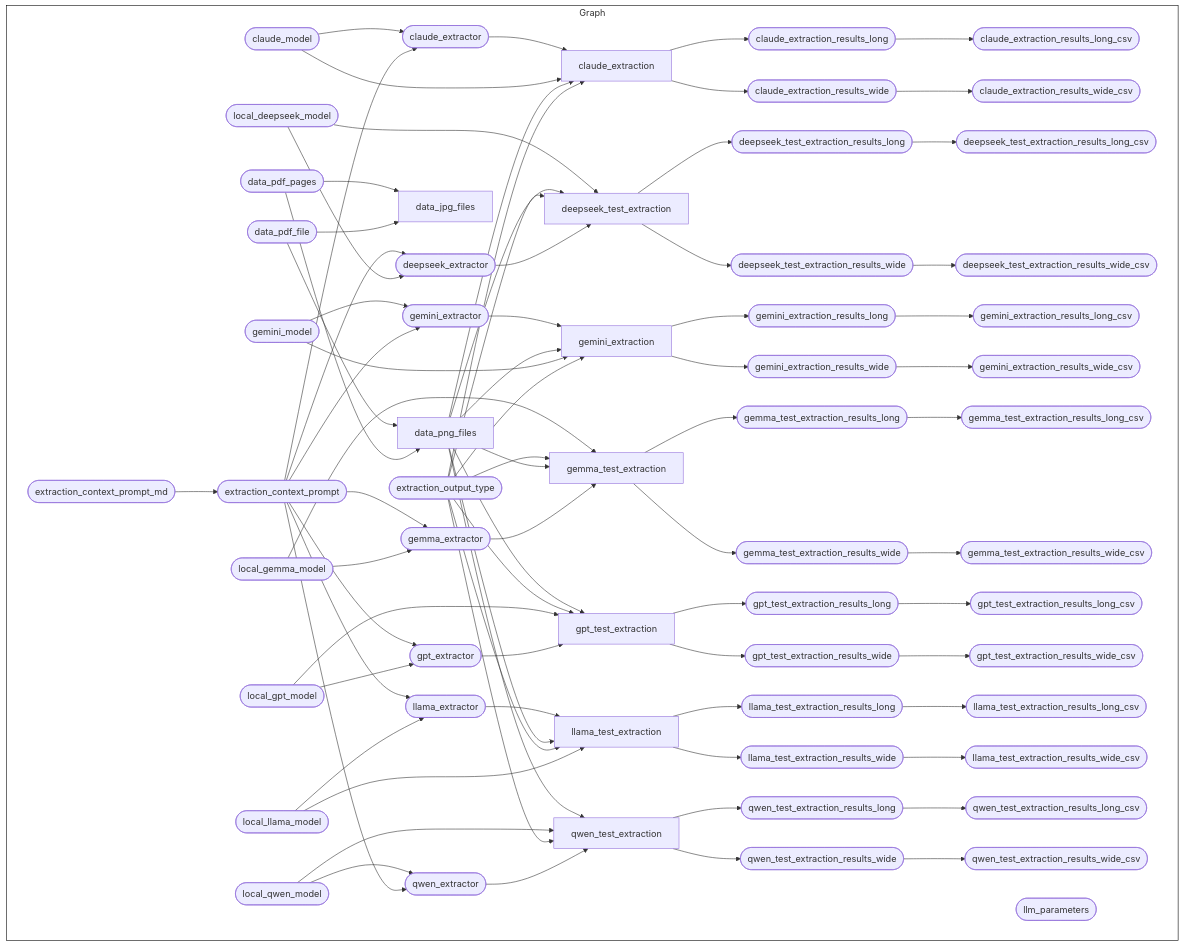
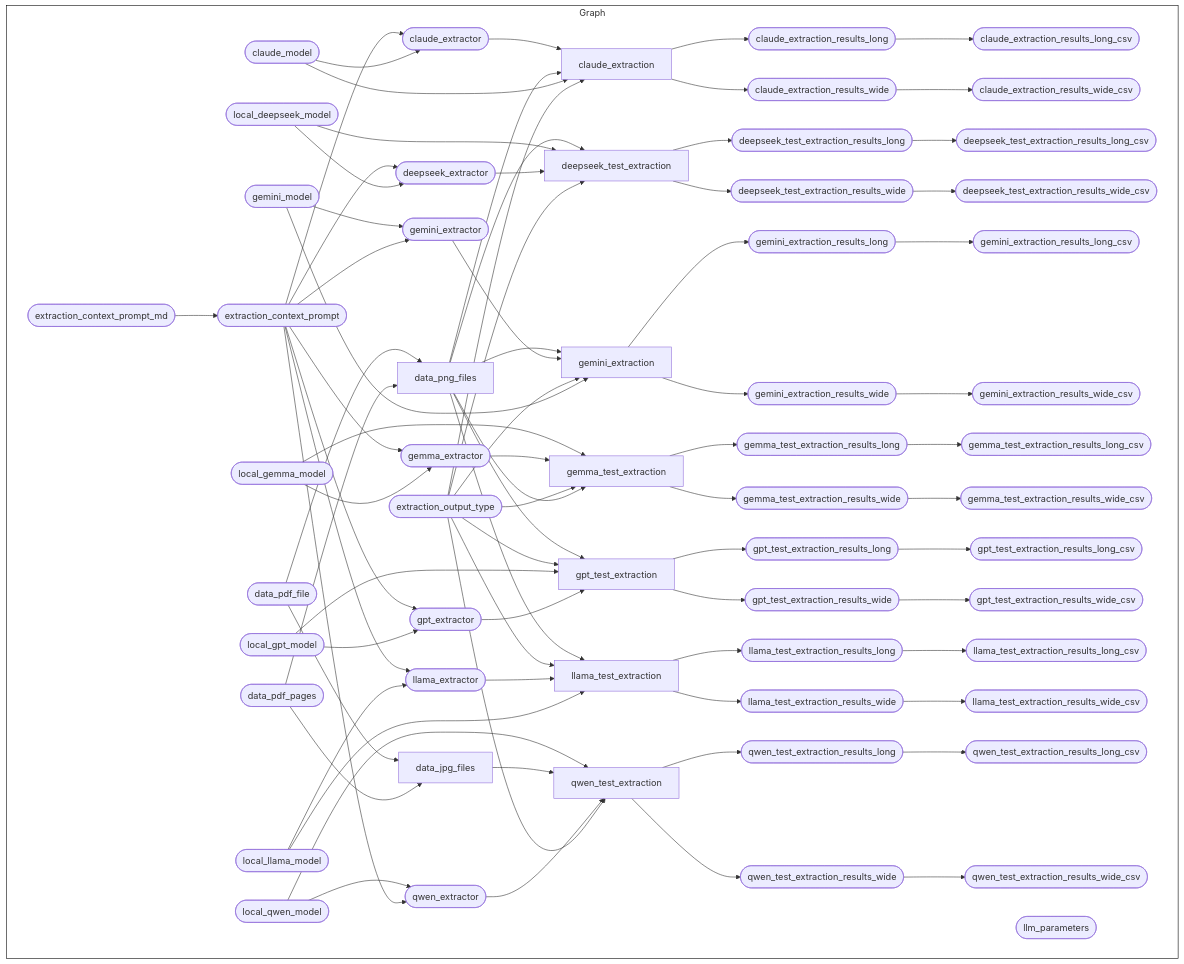
Before and after one commit to OxfordIHTM/computer-vision-demo: the diagram in README.md, drawn with Mermaid. The commit also changed other lines of this file and 6 other files, not shown here.

```diff
--- a/README.md
+++ b/README.md
@@ -233,34 +233,34 @@
   subgraph Graph
     direction LR
     x35a7fe2b14fea884(["claude_extractor"]):::queued --> xbf558aaf2fd08c0e["claude_extraction"]:::queued
+    x6fd840ed377697c4["data_png_files"]:::skipped --> xbf558aaf2fd08c0e["claude_extraction"]:::queued
     x39d4d013227f0dc3(["claude_model"]):::queued --> xbf558aaf2fd08c0e["claude_extraction"]:::queued
-    x6fd840ed377697c4["data_png_files"]:::skipped --> xbf558aaf2fd08c0e["claude_extraction"]:::queued
     x487a49d42720222c(["extraction_output_type"]):::queued --> xbf558aaf2fd08c0e["claude_extraction"]:::queued
     xbf558aaf2fd08c0e["claude_extraction"]:::queued --> xf7e321d17883c5ef(["claude_extraction_results_long"]):::queued
     xf7e321d17883c5ef(["claude_extraction_results_long"]):::queued --> xf9a93278d27784db(["claude_extraction_results_long_csv"]):::queued
     xbf558aaf2fd08c0e["claude_extraction"]:::queued --> x2d9238b8268822f3(["claude_extraction_results_wide"]):::queued
     x2d9238b8268822f3(["claude_extraction_results_wide"]):::queued --> xe433f203ebf8c762(["claude_extraction_results_wide_csv"]):::queued
+    x982a35c892e245ee(["extraction_context_prompt"]):::queued --> x35a7fe2b14fea884(["claude_extractor"]):::queued
     x39d4d013227f0dc3(["claude_model"]):::queued --> x35a7fe2b14fea884(["claude_extractor"]):::queued
-    x982a35c892e245ee(["extraction_context_prompt"]):::queued --> x35a7fe2b14fea884(["claude_extractor"]):::queued
+    xf64c2f26e3ae28ce(["data_pdf_file"]):::skipped --> xcde58b2bce8a2260["data_jpg_files"]:::queued
     xe79485d2cbaf929c(["data_pdf_pages"]):::skipped --> xcde58b2bce8a2260["data_jpg_files"]:::queued
-    xf64c2f26e3ae28ce(["data_pdf_file"]):::skipped --> xcde58b2bce8a2260["data_jpg_files"]:::queued
     xf64c2f26e3ae28ce(["data_pdf_file"]):::skipped --> x6fd840ed377697c4["data_png_files"]:::skipped
     xe79485d2cbaf929c(["data_pdf_pages"]):::skipped --> x6fd840ed377697c4["data_png_files"]:::skipped
     x982a35c892e245ee(["extraction_context_prompt"]):::queued --> xf407d53739ed0632(["deepseek_extractor"]):::queued
     xb957a37aad5b67c5(["local_deepseek_model"]):::queued --> xf407d53739ed0632(["deepseek_extractor"]):::queued
+    x6fd840ed377697c4["data_png_files"]:::skipped --> xe59d676cc895fc8f["deepseek_test_extraction"]:::queued
     xb957a37aad5b67c5(["local_deepseek_model"]):::queued --> xe59d676cc895fc8f["deepseek_test_extraction"]:::queued
-    x6fd840ed377697c4["data_png_files"]:::skipped --> xe59d676cc895fc8f["deepseek_test_extraction"]:::queued
+    xf407d53739ed0632(["deepseek_extractor"]):::queued --> xe59d676cc895fc8f["deepseek_test_extraction"]:::queued
     x487a49d42720222c(["extraction_output_type"]):::queued --> xe59d676cc895fc8f["deepseek_test_extraction"]:::queued
-    xf407d53739ed0632(["deepseek_extractor"]):::queued --> xe59d676cc895fc8f["deepseek_test_extraction"]:::queued
     xe59d676cc895fc8f["deepseek_test_extraction"]:::queued --> x6c665d10c6870385(["deepseek_test_extraction_results_long"]):::queued
     x6c665d10c6870385(["deepseek_test_extraction_results_long"]):::queued --> x30ec6b0f291bd945(["deepseek_test_extraction_results_long_csv"]):::queued
     xe59d676cc895fc8f["deepseek_test_extraction"]:::queued --> xa451048dda449ee3(["deepseek_test_extraction_results_wide"]):::queued
     xa451048dda449ee3(["deepseek_test_extraction_results_wide"]):::queued --> x4225704dcf8d5b90(["deepseek_test_extraction_results_wide_csv"]):::queued
     xa765f8be0f1473b7(["extraction_context_prompt_md"]):::queued --> x982a35c892e245ee(["extraction_context_prompt"]):::queued
+    x6fd840ed377697c4["data_png_files"]:::skipped --> xd63226de7dd05e61["gemini_extraction"]:::queued
     x8cb7c7e0b9710ea2(["gemini_extractor"]):::queued --> xd63226de7dd05e61["gemini_extraction"]:::queued
-    x6fd840ed377697c4["data_png_files"]:::skipped --> xd63226de7dd05e61["gemini_extraction"]:::queued
+    x487a49d42720222c(["extraction_output_type"]):::queued --> xd63226de7dd05e61["gemini_extraction"]:::queued
     x672b0658cd7f304b(["gemini_model"]):::queued --> xd63226de7dd05e61["gemini_extraction"]:::queued
-    x487a49d42720222c(["extraction_output_type"]):::queued --> xd63226de7dd05e61["gemini_extraction"]:::queued
     xd63226de7dd05e61["gemini_extraction"]:::queued --> x74163c06113c69a6(["gemini_extraction_results_long"]):::queued
     x74163c06113c69a6(["gemini_extraction_results_long"]):::queued --> xe689a9e1837e69cd(["gemini_extraction_results_long_csv"]):::queued
     xd63226de7dd05e61["gemini_extraction"]:::queued --> x42136a1fb4ba6630(["gemini_extraction_results_wide"]):::queued
@@ -270,9 +270,9 @@
     x982a35c892e245ee(["extraction_context_prompt"]):::queued --> xbdacf1efe57d11ba(["gemma_extractor"]):::queued
     xba597cd142706396(["local_gemma_model"]):::queued --> xbdacf1efe57d11ba(["gemma_extractor"]):::queued
     xba597cd142706396(["local_gemma_model"]):::queued --> x883eafa12b623704["gemma_test_extraction"]:::queued
+    xbdacf1efe57d11ba(["gemma_extractor"]):::queued --> x883eafa12b623704["gemma_test_extraction"]:::queued
     x487a49d42720222c(["extraction_output_type"]):::queued --> x883eafa12b623704["gemma_test_extraction"]:::queued
     x6fd840ed377697c4["data_png_files"]:::skipped --> x883eafa12b623704["gemma_test_extraction"]:::queued
-    xbdacf1efe57d11ba(["gemma_extractor"]):::queued --> x883eafa12b623704["gemma_test_extraction"]:::queued
     x883eafa12b623704["gemma_test_extraction"]:::queued --> x36d8fe351758d6a9(["gemma_test_extraction_results_long"]):::queued
     x36d8fe351758d6a9(["gemma_test_extraction_results_long"]):::queued --> x1ec973b6bac53778(["gemma_test_extraction_results_long_csv"]):::queued
     x883eafa12b623704["gemma_test_extraction"]:::queued --> x0ce1edbb890bba38(["gemma_test_extraction_results_wide"]):::queued
@@ -289,9 +289,9 @@
     xa3d940364e8f38dd(["gpt_test_extraction_results_wide"]):::queued --> xe97fbe3d2cc5ba2e(["gpt_test_extraction_results_wide_csv"]):::queued
     x982a35c892e245ee(["extraction_context_prompt"]):::queued --> xf54b87b127ae79c8(["llama_extractor"]):::queued
     x99f03a7148fda570(["local_llama_model"]):::queued --> xf54b87b127ae79c8(["llama_extractor"]):::queued
-    xf54b87b127ae79c8(["llama_extractor"]):::queued --> x292cd34918802a30["llama_test_extraction"]:::queued
     x6fd840ed377697c4["data_png_files"]:::skipped --> x292cd34918802a30["llama_test_extraction"]:::queued
     x487a49d42720222c(["extraction_output_type"]):::queued --> x292cd34918802a30["llama_test_extraction"]:::queued
+    xf54b87b127ae79c8(["llama_extractor"]):::queued --> x292cd34918802a30["llama_test_extraction"]:::queued
     x99f03a7148fda570(["local_llama_model"]):::queued --> x292cd34918802a30["llama_test_extraction"]:::queued
     x292cd34918802a30["llama_test_extraction"]:::queued --> xb195ded487b977ce(["llama_test_extraction_results_long"]):::queued
     xb195ded487b977ce(["llama_test_extraction_results_long"]):::queued --> x550e0ece622c7bdc(["llama_test_extraction_results_long_csv"]):::queued
@@ -299,10 +299,10 @@
     x5abecee1789838c7(["llama_test_extraction_results_wide"]):::queued --> x4ef467aedd875f25(["llama_test_extraction_results_wide_csv"]):::queued
     x01ce8cbced893885(["local_qwen_model"]):::queued --> x15a3fb4d9a651239(["qwen_extractor"]):::queued
     x982a35c892e245ee(["extraction_context_prompt"]):::queued --> x15a3fb4d9a651239(["qwen_extractor"]):::queued
-    x6fd840ed377697c4["data_png_files"]:::skipped --> xd726feef05e5de04["qwen_test_extraction"]:::queued
     x01ce8cbced893885(["local_qwen_model"]):::queued --> xd726feef05e5de04["qwen_test_extraction"]:::queued
+    xcde58b2bce8a2260["data_jpg_files"]:::queued --> xd726feef05e5de04["qwen_test_extraction"]:::queued
+    x15a3fb4d9a651239(["qwen_extractor"]):::queued --> xd726feef05e5de04["qwen_test_extraction"]:::queued
     x487a49d42720222c(["extraction_output_type"]):::queued --> xd726feef05e5de04["qwen_test_extraction"]:::queued
-    x15a3fb4d9a651239(["qwen_extractor"]):::queued --> xd726feef05e5de04["qwen_test_extraction"]:::queued
     xd726feef05e5de04["qwen_test_extraction"]:::queued --> xf4353db910e1d59b(["qwen_test_extraction_results_long"]):::queued
     xf4353db910e1d59b(["qwen_test_extraction_results_long"]):::queued --> x3988122db08b148d(["qwen_test_extraction_results_long_csv"]):::queued
     xd726feef05e5de04["qwen_test_extraction"]:::queued --> x51c9e4dda51c1eea(["qwen_test_extraction_results_wide"]):::queued
```
